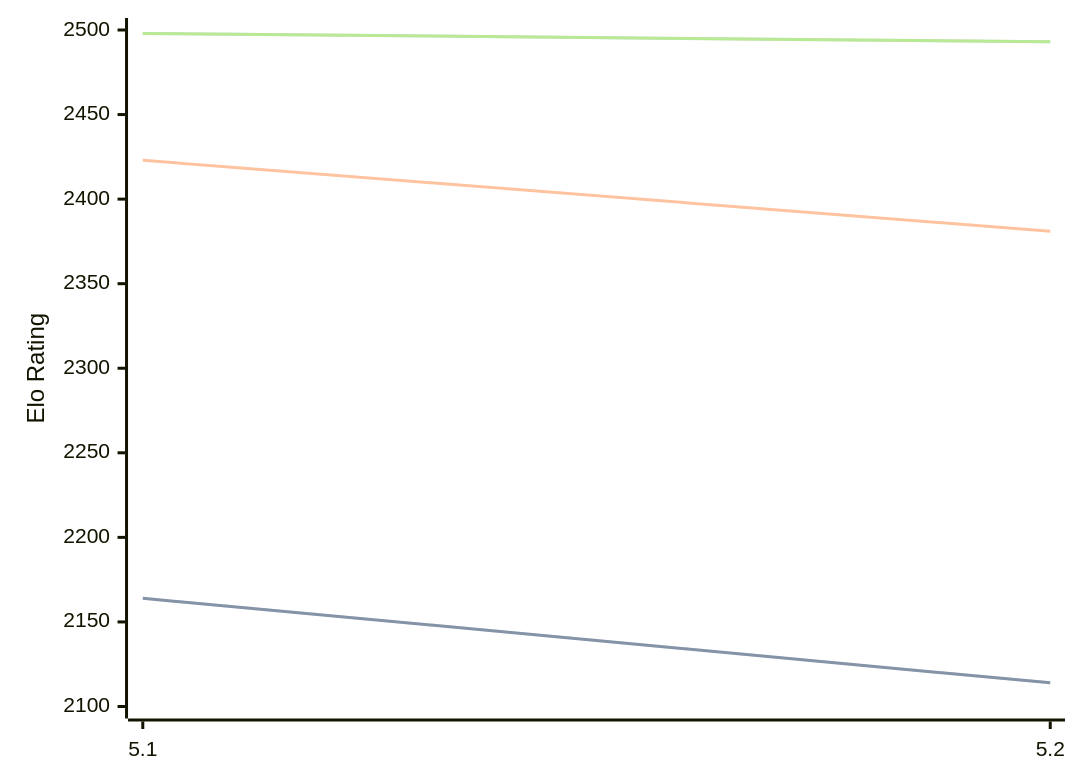
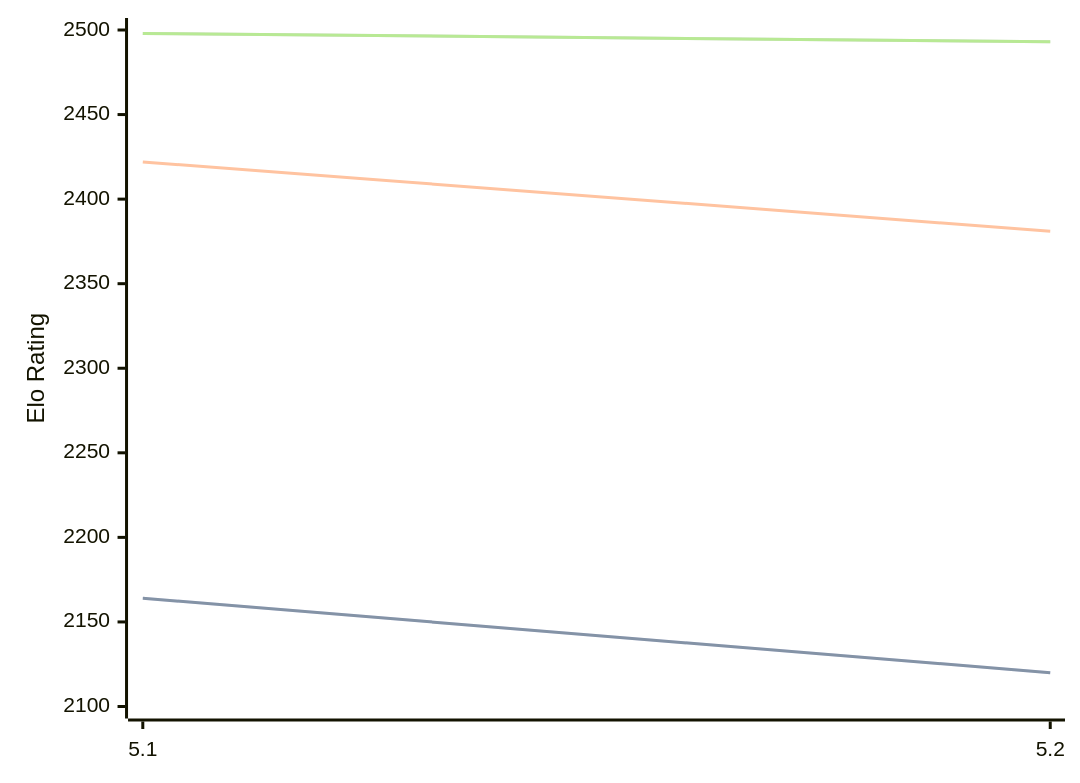
One commit to computer-chess-index/cci changed the diagram in engines/Prophet.md. Above: the diagram before and after it, drawn with Mermaid. The commit also changed other lines of this file, not shown here.

````diff
--- a/engines/Prophet.md
+++ b/engines/Prophet.md
@@ -32,11 +32,11 @@
 ```mermaid
 %%{init: {"theme":"base","themeVariables":{"seriesColors:['#a3a3a3','#222221','#faa371']}}}%%
 xychart-beta
   x-axis ["5.1", "5.2"]
   y-axis "Elo Rating" 2100 --> 2500
-  line "" [2164, 2114]
-  line "STC (8.0+0.08s)" [2164, 2114]
-  line "LTC (60.0+0.60s)" [2423, 2381]
+  line "" [2164, 2120]
+  line "STC (8.0+0.08s)" [2164, 2120]
+  line "LTC (60.0+0.60s)" [2422, 2381]
   line "" [2498, 2493]
   line "VLTC (2m24s+1.12s)" [2498, 2493]
 ```
````
